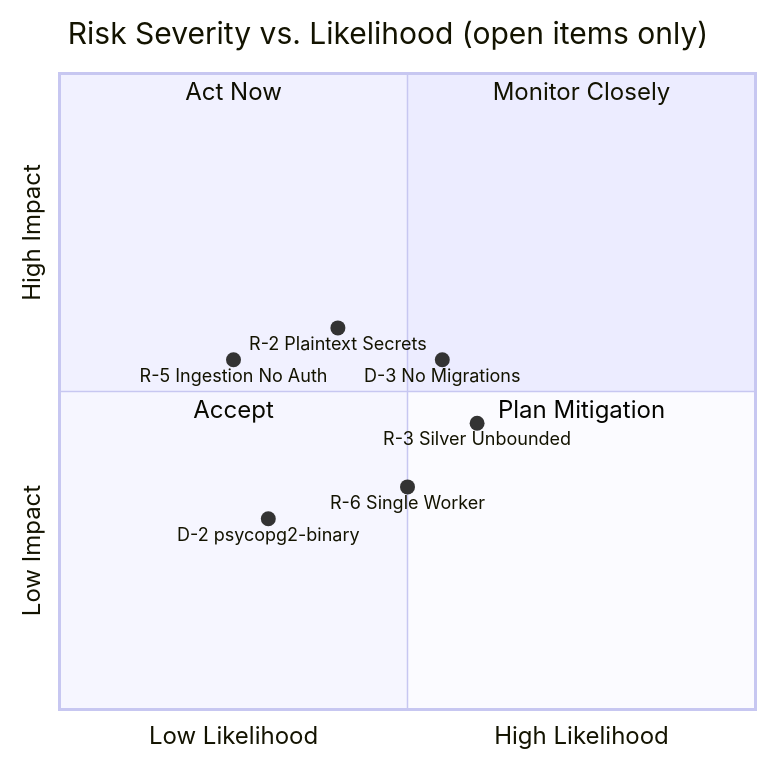
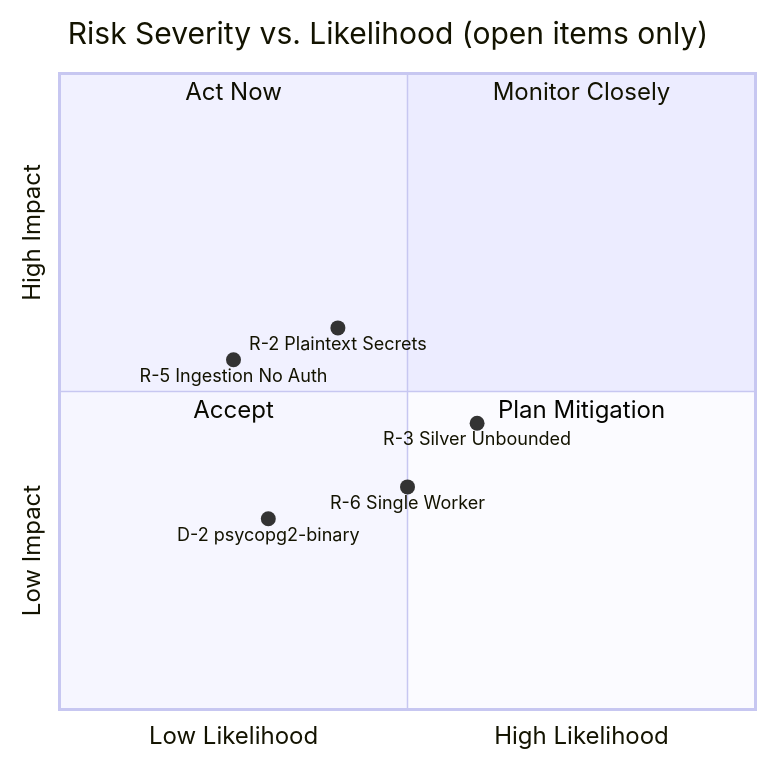
The diagram in docs/arc42/11_risks_and_technical_debts.md (frogfromlake/aer), drawn with Mermaid before and after one commit. The commit also changed other lines of this file and 26 other files, not shown here.

````diff
--- a/docs/arc42/11_risks_and_technical_debts.md
+++ b/docs/arc42/11_risks_and_technical_debts.md
@@ -199,16 +199,15 @@
 ```mermaid
 quadrantChart
     title Risk Severity vs. Likelihood (open items only)
     x-axis "Low Likelihood" --> "High Likelihood"
     y-axis "Low Impact" --> "High Impact"
     quadrant-1 "Monitor Closely"
     quadrant-2 "Act Now"
     quadrant-3 "Accept"
     quadrant-4 "Plan Mitigation"
     "R-2 Plaintext Secrets": [0.4, 0.6]
     "R-3 Silver Unbounded": [0.6, 0.45]
     "R-5 Ingestion No Auth": [0.25, 0.55]
     "R-6 Single Worker": [0.5, 0.35]
     "D-2 psycopg2-binary": [0.3, 0.3]
-    "D-3 No Migrations": [0.55, 0.55]
 ```
````
